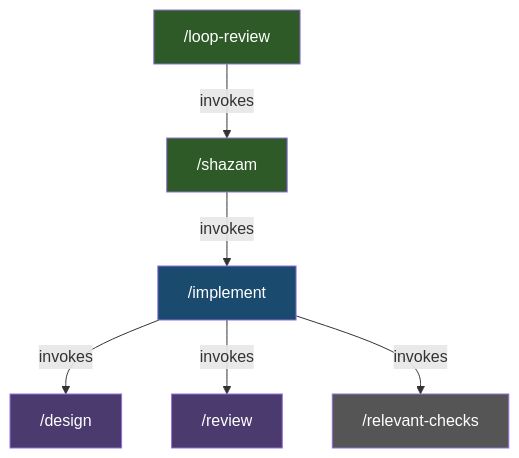
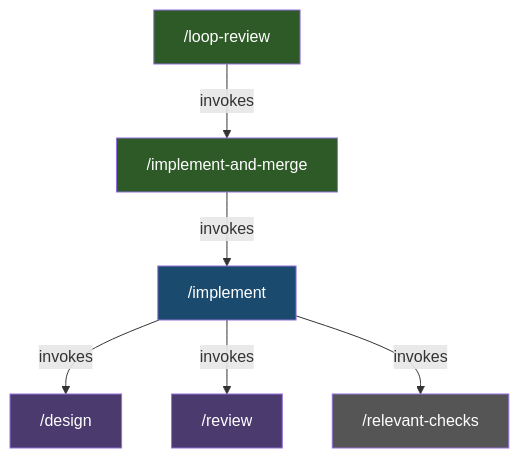
The first of 2 diagrams in docs/workflow-lifecycle.md (zhupanov/larch), drawn with Mermaid before and after one commit. The commit also changed other lines of this file and 9 other files, not shown here.

````diff
--- a/docs/workflow-lifecycle.md
+++ b/docs/workflow-lifecycle.md
@@ -9,15 +9,15 @@
 ```mermaid
 graph TD
-    SHAZAM["/shazam"] -->|invokes| IMPLEMENT["/implement"]
+    IMPL_MERGE["/implement-and-merge"] -->|invokes| IMPLEMENT["/implement"]
     IMPLEMENT -->|invokes| DESIGN["/design"]
     IMPLEMENT -->|invokes| REVIEW["/review"]
     IMPLEMENT -->|invokes| CHECKS["/relevant-checks"]
-    LOOP["/loop-review"] -->|invokes| SHAZAM
+    LOOP["/loop-review"] -->|invokes| IMPL_MERGE
 
-    style SHAZAM fill:#2d5a27,color:#fff
+    style IMPL_MERGE fill:#2d5a27,color:#fff
     style LOOP fill:#2d5a27,color:#fff
     style IMPLEMENT fill:#1a4a6e,color:#fff
     style DESIGN fill:#4a3a6e,color:#fff
     style REVIEW fill:#4a3a6e,color:#fff
     style CHECKS fill:#555,color:#fff
 ```
````
